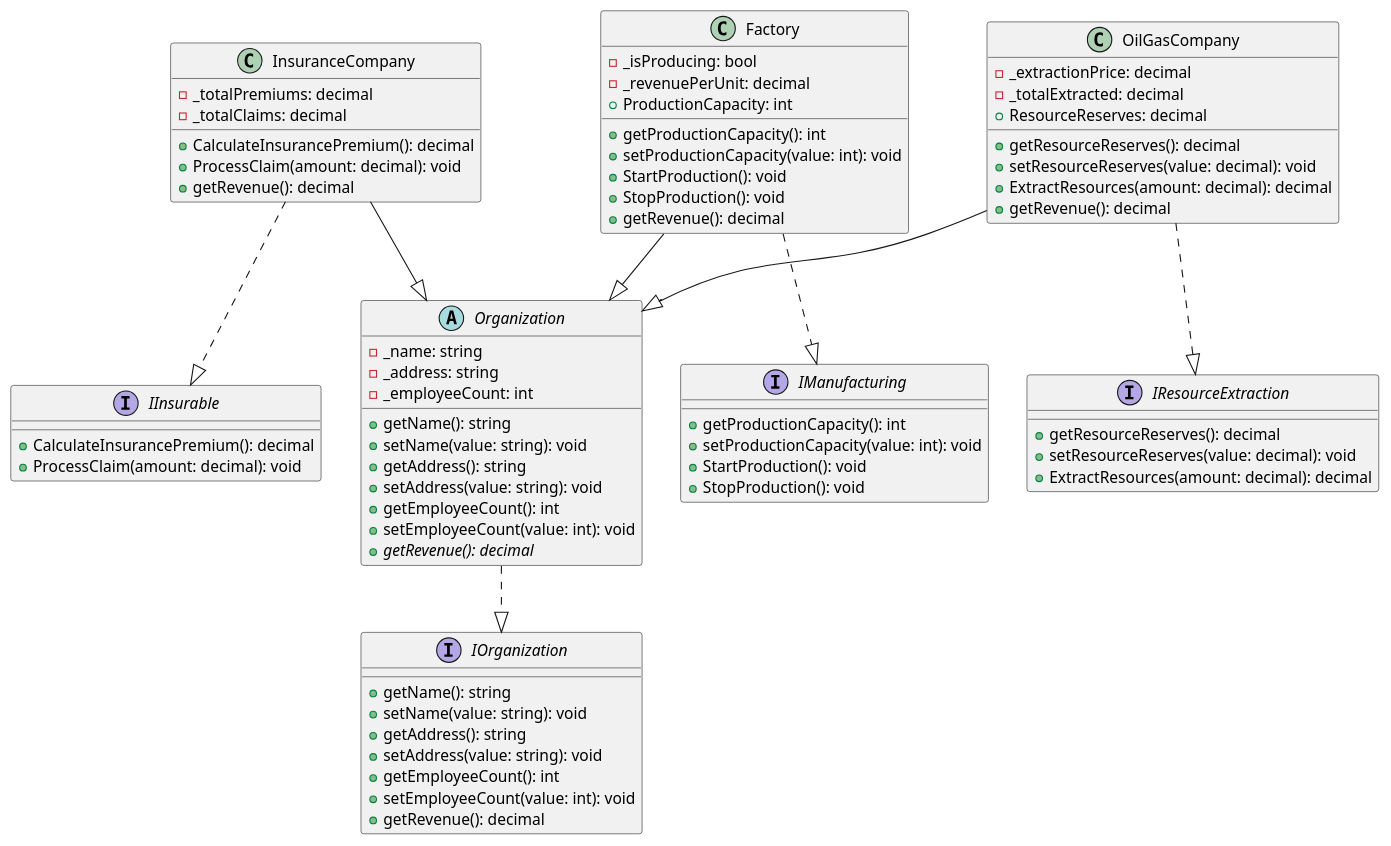
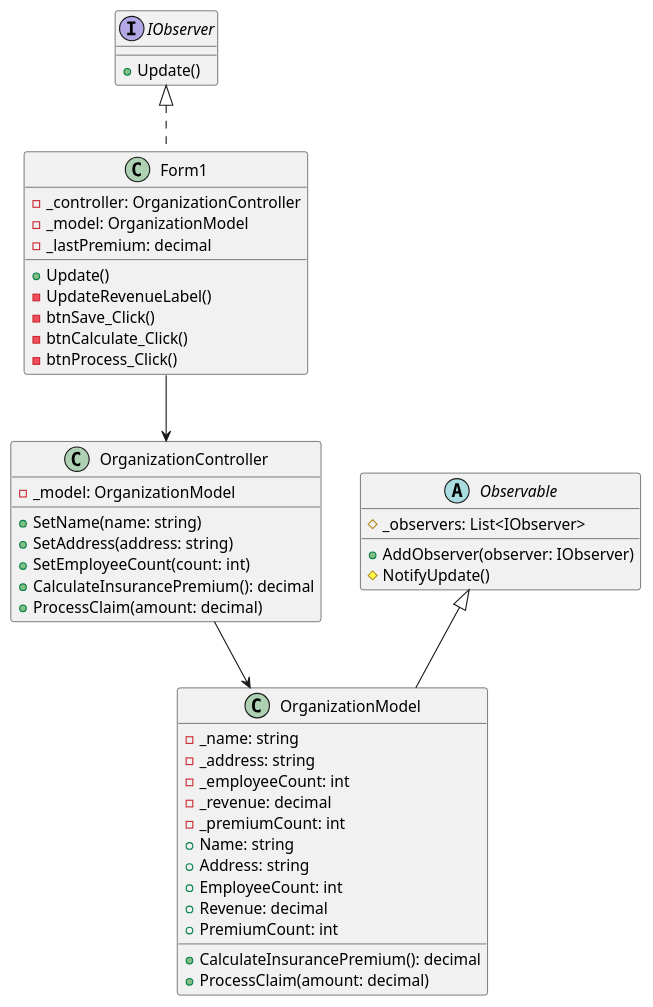
The diagram in class.puml (KirillBad/-), drawn with PlantUML before and after one commit. The commit also changed 13 other files, not shown here.

```diff
--- a/class.puml
+++ b/class.puml
@@ -1,85 +1,51 @@
-@startuml Organization
-
-' Интерфейсы
-interface IOrganization {
-    +getName(): string
-    +setName(value: string): void
-    +getAddress(): string
-    +setAddress(value: string): void
-    +getEmployeeCount(): int
-    +setEmployeeCount(value: int): void
-    +getRevenue(): decimal
+@startuml
+interface IObserver {
+    + Update()
 }
 
-interface IInsurable {
-    +CalculateInsurancePremium(): decimal
-    +ProcessClaim(amount: decimal): void
+abstract class Observable {
+    # _observers: List<IObserver>
+    + AddObserver(observer: IObserver)
+    # NotifyUpdate()
 }
 
-interface IManufacturing {
-    +getProductionCapacity(): int
-    +setProductionCapacity(value: int): void
-    +StartProduction(): void
-    +StopProduction(): void
+class OrganizationModel {
+    - _name: string
+    - _address: string
+    - _employeeCount: int
+    - _revenue: decimal
+    - _premiumCount: int
+    + Name: string
+    + Address: string
+    + EmployeeCount: int
+    + Revenue: decimal
+    + PremiumCount: int
+    + CalculateInsurancePremium(): decimal
+    + ProcessClaim(amount: decimal)
 }
 
-interface IResourceExtraction {
-    +getResourceReserves(): decimal
-    +setResourceReserves(value: decimal): void
-    +ExtractResources(amount: decimal): decimal
+class OrganizationController {
+    - _model: OrganizationModel
+    + SetName(name: string)
+    + SetAddress(address: string)
+    + SetEmployeeCount(count: int)
+    + CalculateInsurancePremium(): decimal
+    + ProcessClaim(amount: decimal)
 }
 
-' Абстрактный класс
-abstract class Organization {
-    -_name: string
-    -_address: string
-    -_employeeCount: int
-    +getName(): string
-    +setName(value: string): void
-    +getAddress(): string
-    +setAddress(value: string): void
-    +getEmployeeCount(): int
-    +setEmployeeCount(value: int): void
-    +{abstract} getRevenue(): decimal
+class Form1 {
+    - _controller: OrganizationController
+    - _model: OrganizationModel
+    - _lastPremium: decimal
+    + Update()
+    - UpdateRevenueLabel()
+    - btnSave_Click()
+    - btnCalculate_Click()
+    - btnProcess_Click()
 }
 
-' Конкретные классы
-class InsuranceCompany {
-    -_totalPremiums: decimal
-    -_totalClaims: decimal
-    +CalculateInsurancePremium(): decimal
-    +ProcessClaim(amount: decimal): void
-    +getRevenue(): decimal
-}
-
-class Factory {
-    -_isProducing: bool
-    -_revenuePerUnit: decimal
-    + ProductionCapacity: int
-    +getProductionCapacity(): int
-    +setProductionCapacity(value: int): void
-    +StartProduction(): void
-    +StopProduction(): void
-    +getRevenue(): decimal
-}
-
-class OilGasCompany {
-    -_extractionPrice: decimal
-    -_totalExtracted: decimal
-    + ResourceReserves: decimal
-    +getResourceReserves(): decimal
-    +setResourceReserves(value: decimal): void
-    +ExtractResources(amount: decimal): decimal
-    +getRevenue(): decimal
-}
-
-' Связи
-Organization ..|> IOrganization
-InsuranceCompany --|> Organization
-InsuranceCompany ..|> IInsurable
-Factory --|> Organization
-Factory ..|> IManufacturing
-OilGasCompany --|> Organization
-OilGasCompany ..|> IResourceExtraction
-
+Observable <|-- OrganizationModel
+IObserver <|.. Form1
+Form1 --> OrganizationController
+OrganizationController --> OrganizationModel
 @enduml
```
